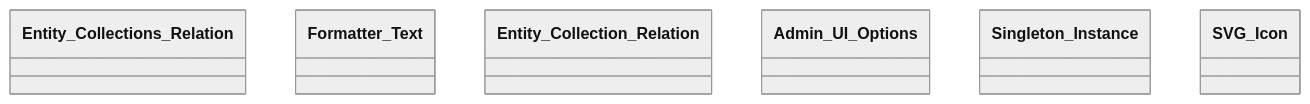
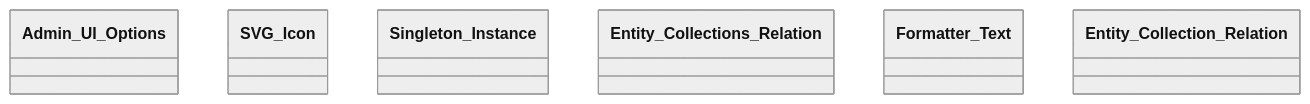
One commit to tainacan/tainacan changed diagram 13 of 13 in docs/phpdoc/Home.md. Above: the diagram before and after it, drawn with Mermaid (neutral theme). The commit also changed other lines of this file and 100 other files, not shown here.

````diff
--- a/docs/phpdoc/Home.md
+++ b/docs/phpdoc/Home.md
@@ -762,10 +762,10 @@
 ```mermaid
 classDiagram
     direction TB
+    class Admin_UI_Options { }
+    class SVG_Icon { }
+    class Singleton_Instance { }
     class Entity_Collections_Relation { }
     class Formatter_Text { }
     class Entity_Collection_Relation { }
-    class Admin_UI_Options { }
-    class Singleton_Instance { }
-    class SVG_Icon { }
 ```
````
